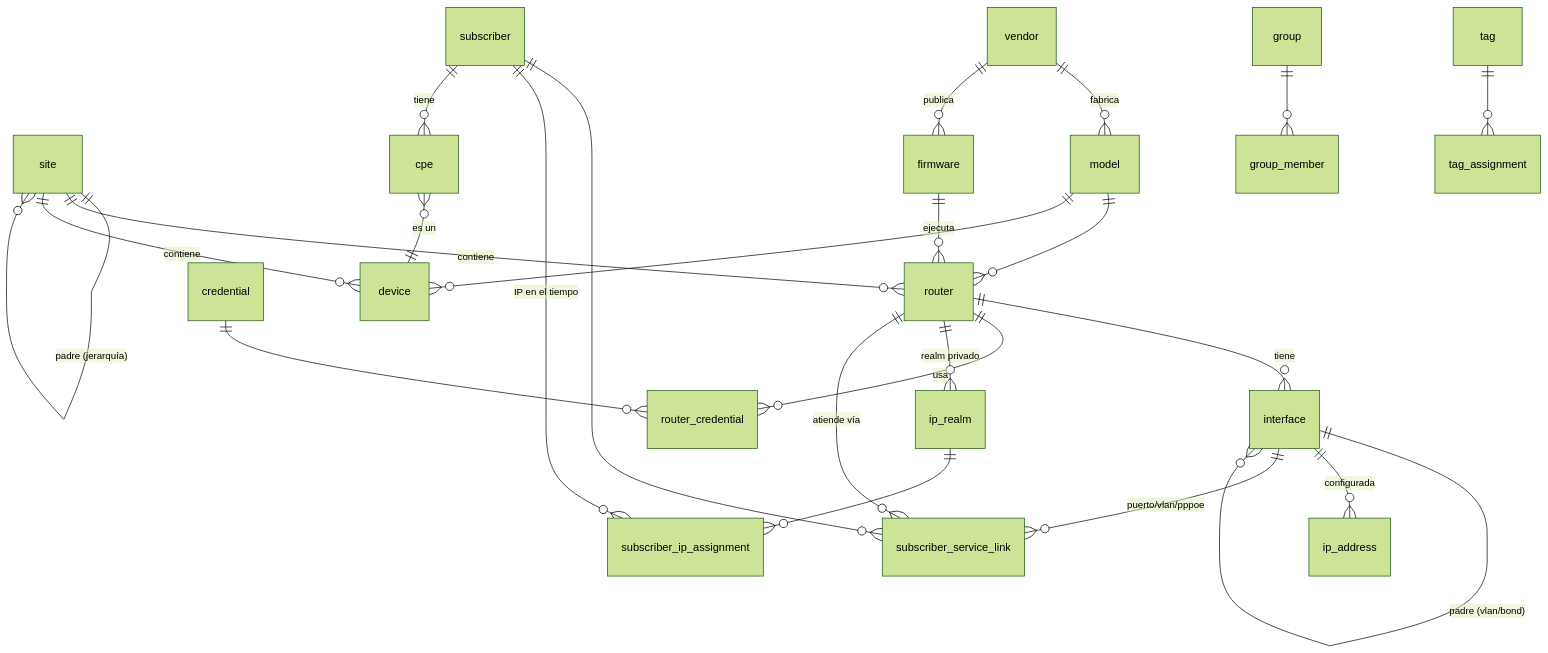
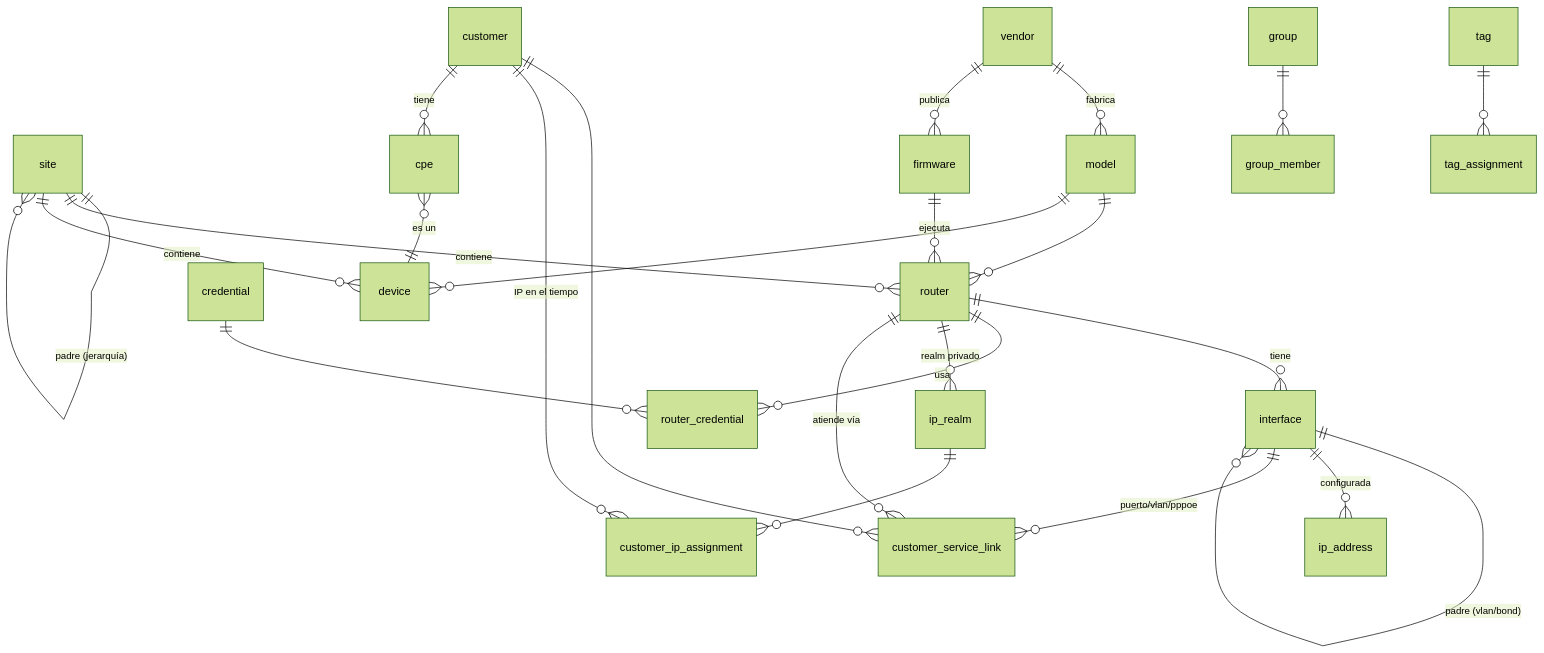
One commit to HCDestroyer/horus-flow changed the second of 6 diagrams in docs/database.md. Above: the diagram before and after it, drawn with Mermaid (forest theme). The commit also changed other lines of this file and 3 other files, not shown here.

First line of the commit message:
docs: align data model and storage docs with architecture decisions

````diff
--- a/docs/database.md
+++ b/docs/database.md
@@ -150,26 +150,26 @@
 ```mermaid
 erDiagram
   site ||--o{ site : "padre (jerarquía)"
   site ||--o{ router : contiene
   site ||--o{ device : contiene
   vendor ||--o{ model : fabrica
   model ||--o{ router : ""
   model ||--o{ device : ""
   vendor ||--o{ firmware : publica
   firmware ||--o{ router : "ejecuta"
   router ||--o{ interface : tiene
   interface ||--o{ interface : "padre (vlan/bond)"
   interface ||--o{ ip_address : configurada
   router ||--o{ router_credential : usa
   credential ||--o{ router_credential : ""
   router ||--o{ ip_realm : "realm privado"
-  ip_realm ||--o{ subscriber_ip_assignment : ""
-  subscriber ||--o{ subscriber_service_link : ""
-  subscriber ||--o{ subscriber_ip_assignment : "IP en el tiempo"
-  subscriber ||--o{ cpe : tiene
+  ip_realm ||--o{ customer_ip_assignment : ""
+  customer ||--o{ customer_service_link : ""
+  customer ||--o{ customer_ip_assignment : "IP en el tiempo"
+  customer ||--o{ cpe : tiene
   cpe }o--|| device : "es un"
-  router ||--o{ subscriber_service_link : "atiende vía"
-  interface ||--o{ subscriber_service_link : "puerto/vlan/pppoe"
+  router ||--o{ customer_service_link : "atiende vía"
+  interface ||--o{ customer_service_link : "puerto/vlan/pppoe"
   group ||--o{ group_member : ""
   tag ||--o{ tag_assignment : ""
 ```
````
